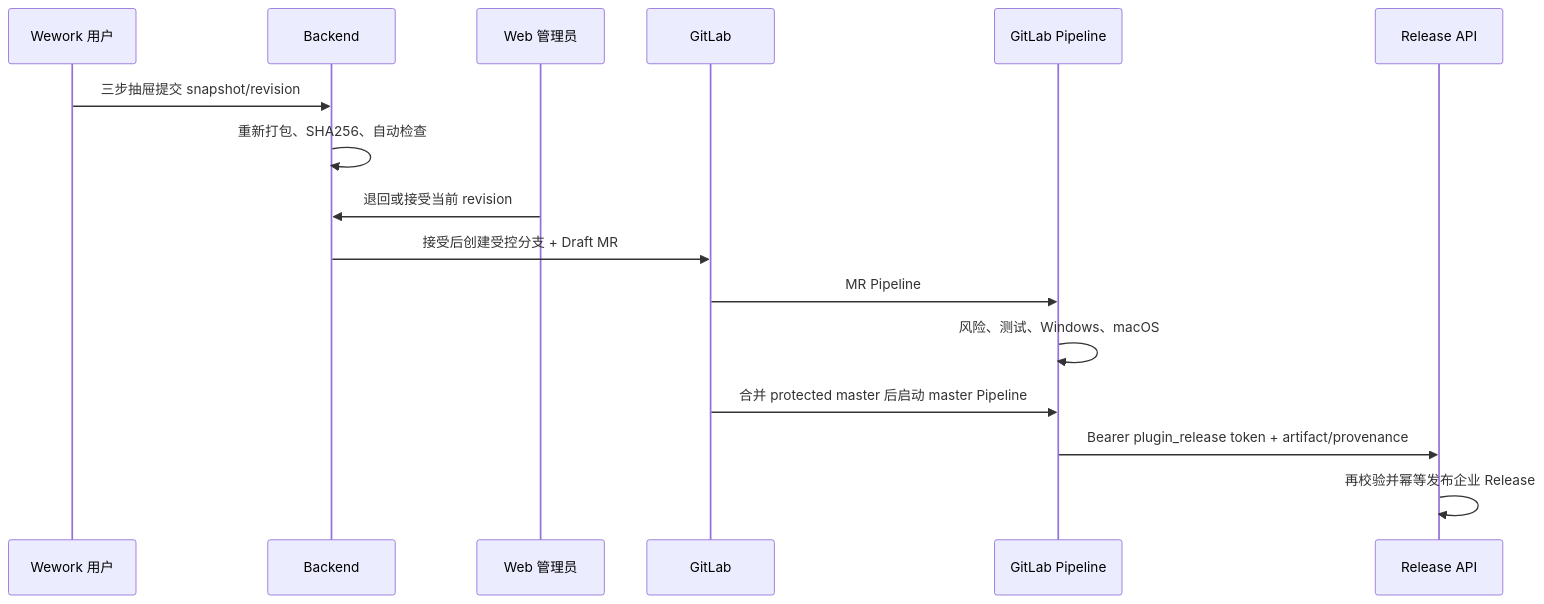
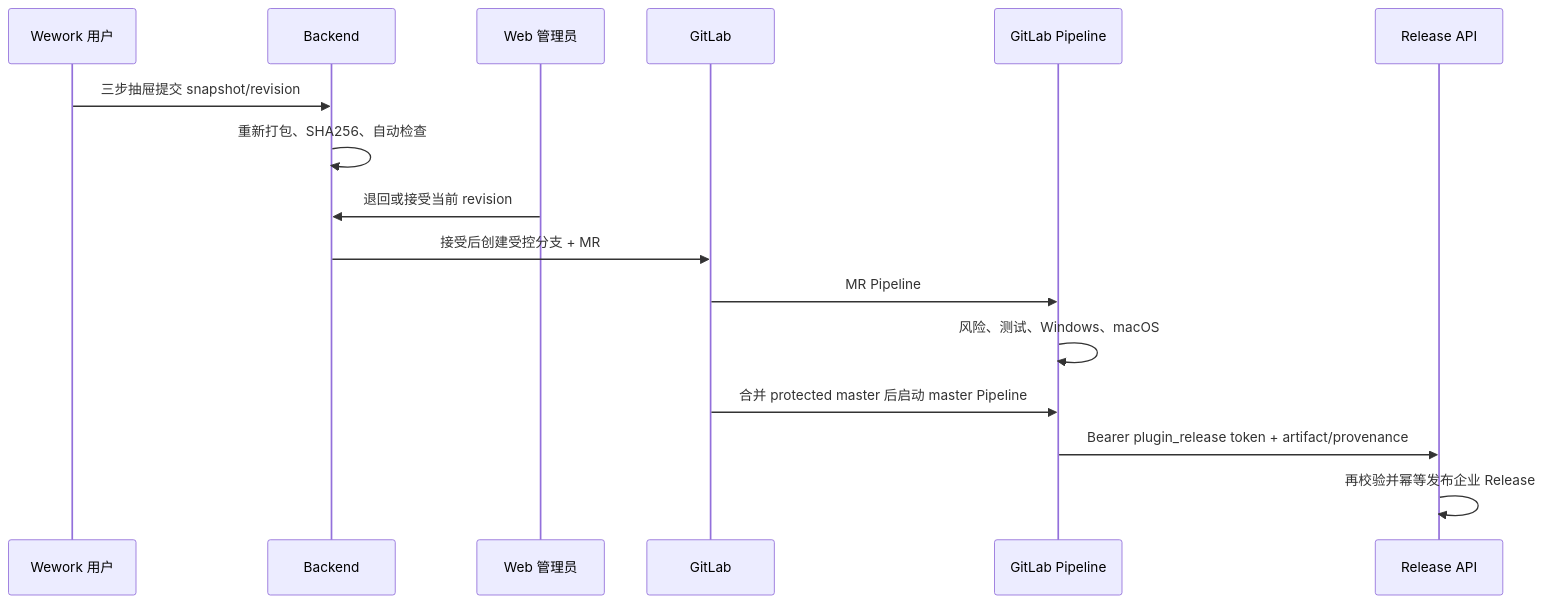
One commit to wecode-ai/Wegent changed the third of 3 diagrams in docs/zh/wework/developer-guide/plugin-marketplace-v2.md. Above: the diagram before and after it, drawn with Mermaid. The commit also changed other lines of this file and 77 other files, not shown here.

````diff
--- a/docs/zh/wework/developer-guide/plugin-marketplace-v2.md
+++ b/docs/zh/wework/developer-guide/plugin-marketplace-v2.md
@@ -286,18 +286,18 @@
 ```mermaid
 sequenceDiagram
   participant U as Wework 用户
   participant API as Backend
   participant A as Web 管理员
   participant GL as GitLab
   participant CI as GitLab Pipeline
   participant R as Release API
   U->>API: 三步抽屉提交 snapshot/revision
   API->>API: 重新打包、SHA256、自动检查
   A->>API: 退回或接受当前 revision
-  API->>GL: 接受后创建受控分支 + Draft MR
+  API->>GL: 接受后创建受控分支 + MR
   GL->>CI: MR Pipeline
   CI->>CI: 风险、测试、Windows、macOS
   GL->>CI: 合并 protected master 后启动 master Pipeline
   CI->>R: Bearer plugin_release token + artifact/provenance
   R->>R: 再校验并幂等发布企业 Release
 ```
````
